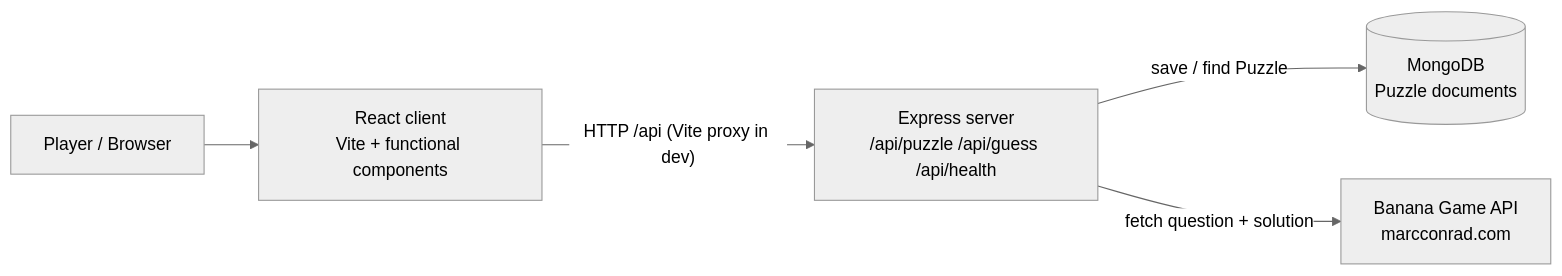
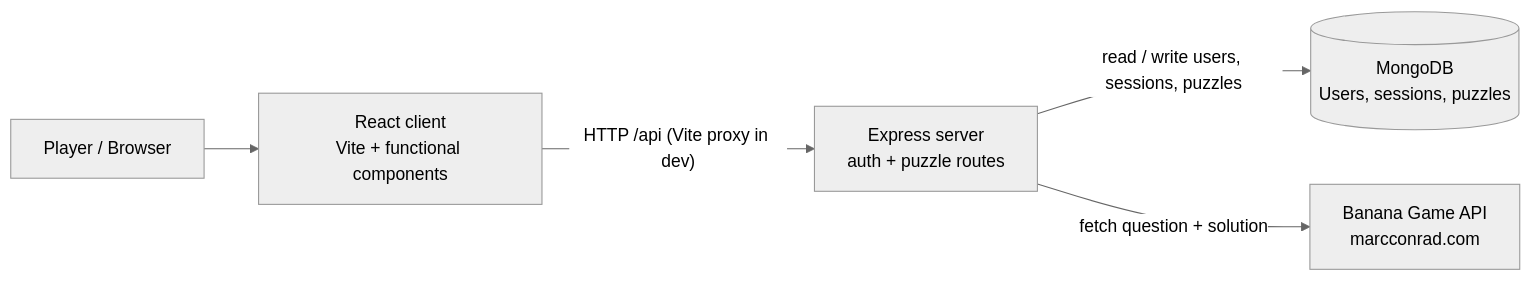
One commit to subashbaskota-maker/Banana-Quiz-Game changed the diagram in docs/architecture.md. Above: the diagram before and after it, drawn with Mermaid (neutral theme). The commit also changed other lines of this file and 18 other files, not shown here.

````diff
--- a/docs/architecture.md
+++ b/docs/architecture.md
@@ -7,13 +7,13 @@
 ```mermaid
 flowchart LR
   Player[Player / Browser]
   ReactApp[React client<br/>Vite + functional components]
-  ExpressApi[Express server<br/>/api/puzzle /api/guess /api/health]
-  Mongo[(MongoDB<br/>Puzzle documents)]
+  ExpressApi[Express server<br/>auth + puzzle routes]
+  Mongo[(MongoDB<br/>Users, sessions, puzzles)]
   BananaApi[Banana Game API<br/>marcconrad.com]
 
   Player --> ReactApp
   ReactApp -->|"HTTP /api (Vite proxy in dev)"| ExpressApi
-  ExpressApi -->|"save / find Puzzle"| Mongo
+  ExpressApi -->|"read / write users, sessions, puzzles"| Mongo
   ExpressApi -->|"fetch question + solution"| BananaApi
 ```
````
